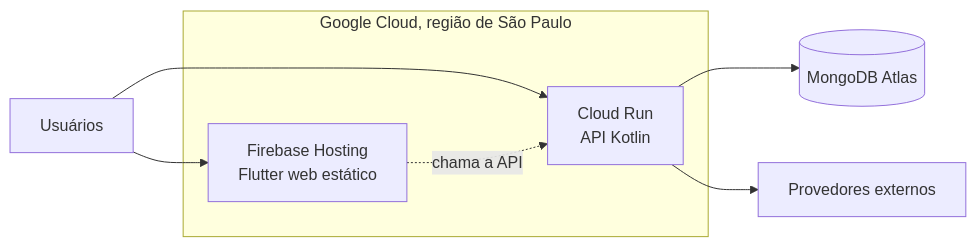
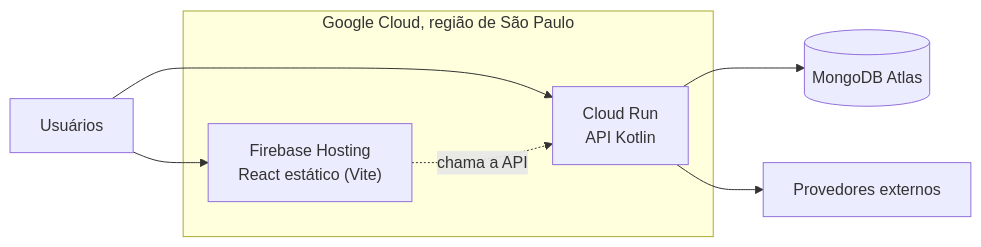
The fourth of 4 diagrams in Documentos/02-arquitetura-tecnica/Arquitetura-Alvo-v2.0.md (GabrielVogado/pet-shop), drawn with Mermaid before and after one commit. The commit also changed other lines of this file and 13 other files, not shown here.

Commit message:
docs: web em React e Android em Kotlin (ADR-010 e ADR-011), substitui o ADR-009

````diff
--- a/Documentos/02-arquitetura-tecnica/Arquitetura-Alvo-v2.0.md
+++ b/Documentos/02-arquitetura-tecnica/Arquitetura-Alvo-v2.0.md
@@ -187,16 +188,16 @@
 ```mermaid
 flowchart LR
   user["Usuários"]
   subgraph gcp["Google Cloud, região de São Paulo"]
-    host["Firebase Hosting<br/>Flutter web estático"]
+    host["Firebase Hosting<br/>React estático (Vite)"]
     run["Cloud Run<br/>API Kotlin"]
   end
   atlas[("MongoDB Atlas")]
   ext["Provedores externos"]
 
   user --> host
   user --> run
   host -.->|"chama a API"| run
   run --> atlas
   run --> ext
 ```
````
